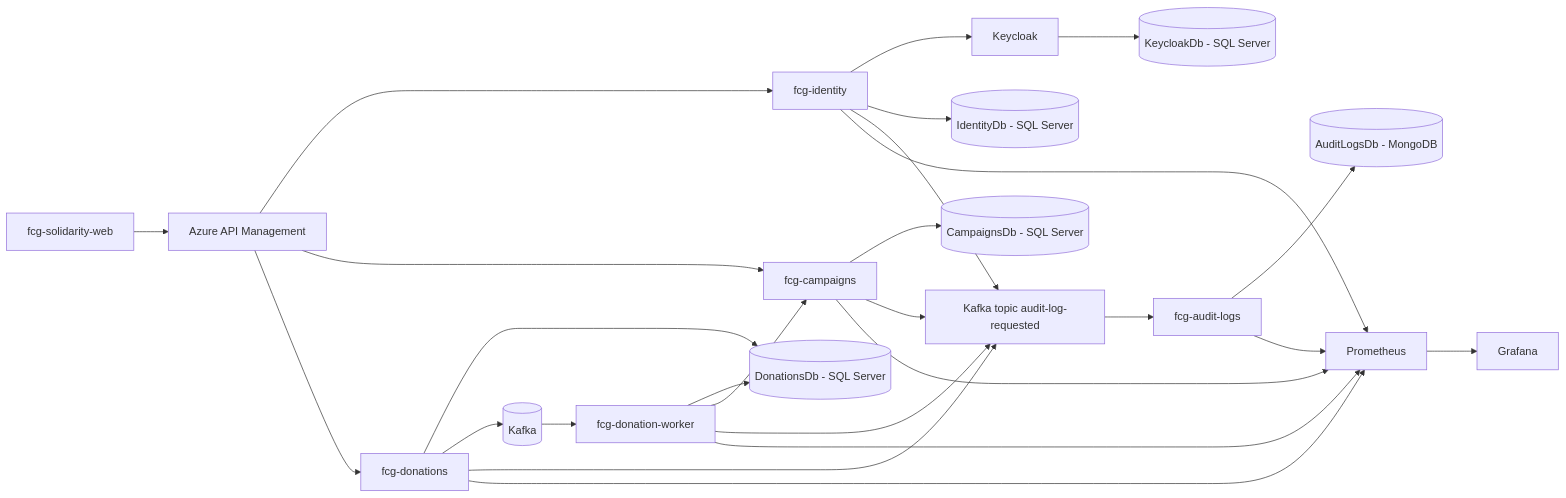
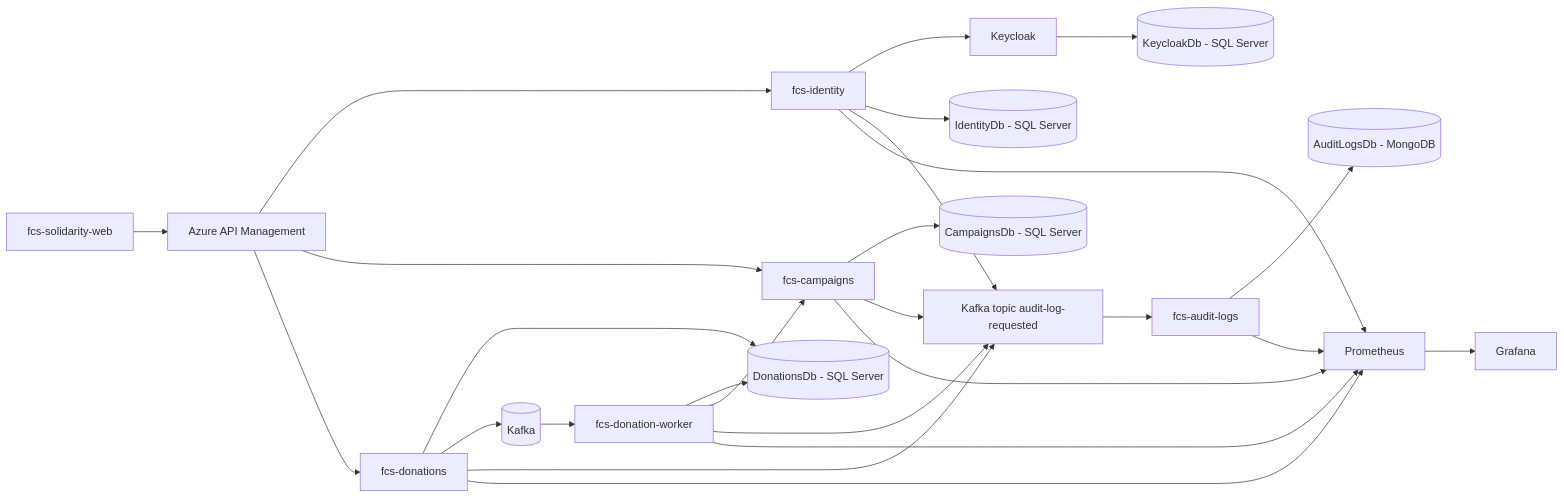
Before and after one commit to group10-tc-01/fcs-fase05-docs: the diagram in README.md, drawn with Mermaid. The commit also changed other lines of this file and 36 other files, not shown here.

Commit message:
chore: renomado de: {fcg-|fcg.} para: {fcs-|fcs.} em todos os projetos e referências

````diff
--- a/README.md
+++ b/README.md
@@ -569,33 +569,33 @@
 ```mermaid
 flowchart LR
-    Web[fcg-solidarity-web] --> APIM[Azure API Management]
-    APIM --> Identity[fcg-identity]
-    APIM --> Campaigns[fcg-campaigns]
-    APIM --> Donations[fcg-donations]
+    Web[fcs-solidarity-web] --> APIM[Azure API Management]
+    APIM --> Identity[fcs-identity]
+    APIM --> Campaigns[fcs-campaigns]
+    APIM --> Donations[fcs-donations]
 
     Identity --> Keycloak[Keycloak]
     Keycloak --> KeycloakDb[(KeycloakDb - SQL Server)]
     Identity --> IdentityDb[(IdentityDb - SQL Server)]
 
     Campaigns --> CampaignsDb[(CampaignsDb - SQL Server)]
     Donations --> DonationsDb[(DonationsDb - SQL Server)]
 
     Donations --> Kafka[(Kafka)]
-    Kafka --> Worker[fcg-donation-worker]
+    Kafka --> Worker[fcs-donation-worker]
     Worker --> DonationsDb
     Worker --> Campaigns
 
     Identity --> AuditTopic[Kafka topic audit-log-requested]
     Campaigns --> AuditTopic
     Donations --> AuditTopic
     Worker --> AuditTopic
-    AuditTopic --> AuditWorker[fcg-audit-logs]
+    AuditTopic --> AuditWorker[fcs-audit-logs]
     AuditWorker --> Mongo[(AuditLogsDb - MongoDB)]
 
     Prometheus[Prometheus] --> Grafana[Grafana]
     Identity --> Prometheus
     Campaigns --> Prometheus
     Donations --> Prometheus
     Worker --> Prometheus
     AuditWorker --> Prometheus
 ```
````
